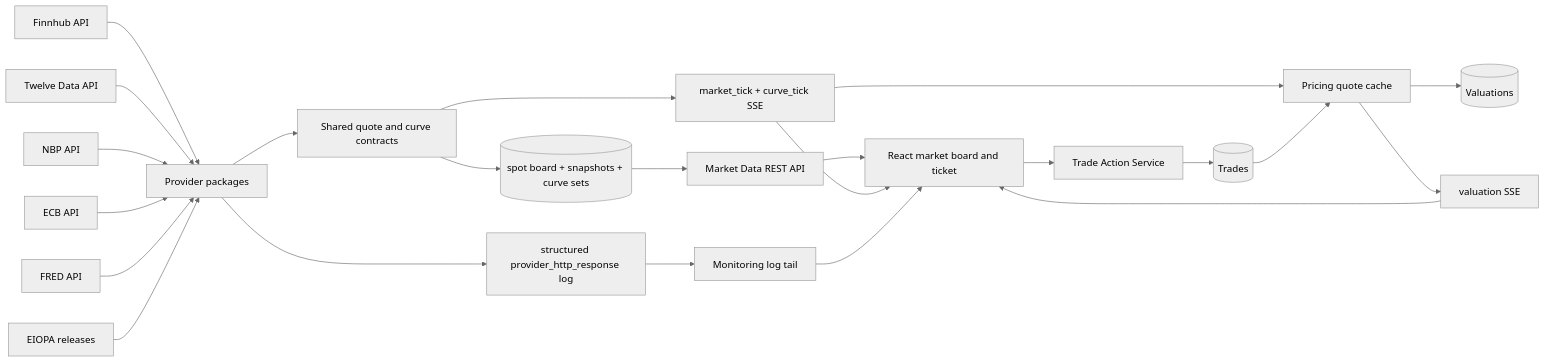
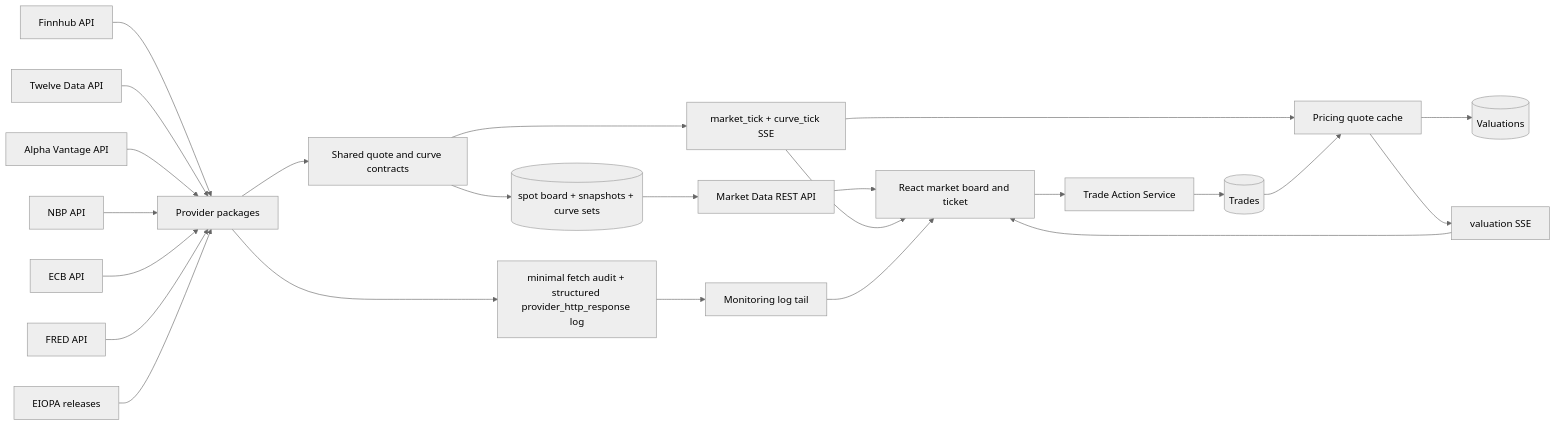
The diagram in docs/architecture.md (j-gulinski/trading-desk), drawn with Mermaid (neutral theme) before and after one commit. The commit also changed other lines of this file and 112 other files, not shown here.

Commit message:
add alpha vantage

````diff
--- a/docs/architecture.md
+++ b/docs/architecture.md
@@ -41,25 +41,26 @@
 ```mermaid
 flowchart LR
     F[Finnhub API] --> C[Provider clients]
     T[Twelve Data API] --> C
+    AV[Alpha Vantage API] --> C
     NB[NBP API] --> C
     EC[ECB API] --> C
     FR[FRED API] --> C
     EI[EIOPA releases] --> C
     C[Provider packages] --> N[Shared quote and curve contracts]
     N --> P[(spot board + snapshots + curve sets)]
     N --> S[market_tick + curve_tick SSE]
     P --> A[Market Data REST API]
     A --> U[React market board and ticket]
     S --> U
     S --> R[Pricing quote cache]
     U --> X[Trade Action Service]
     X --> D[(Trades)]
     D --> R
     R --> V[(Valuations)]
     R --> B[valuation SSE]
     B --> U
-    C --> L[structured provider_http_response log]
+    C --> L[minimal fetch audit + structured provider_http_response log]
     L --> M[Monitoring log tail]
     M --> U
 ```
````
